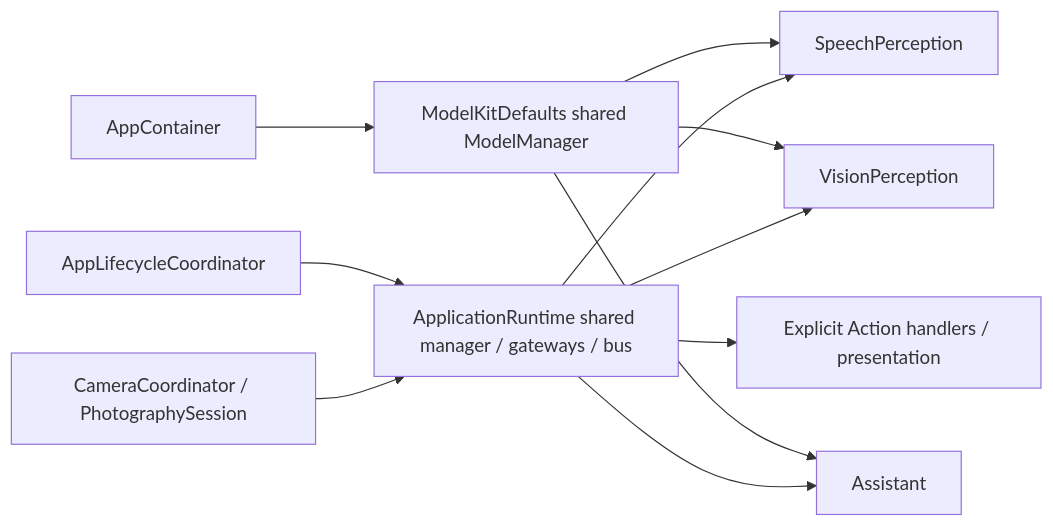
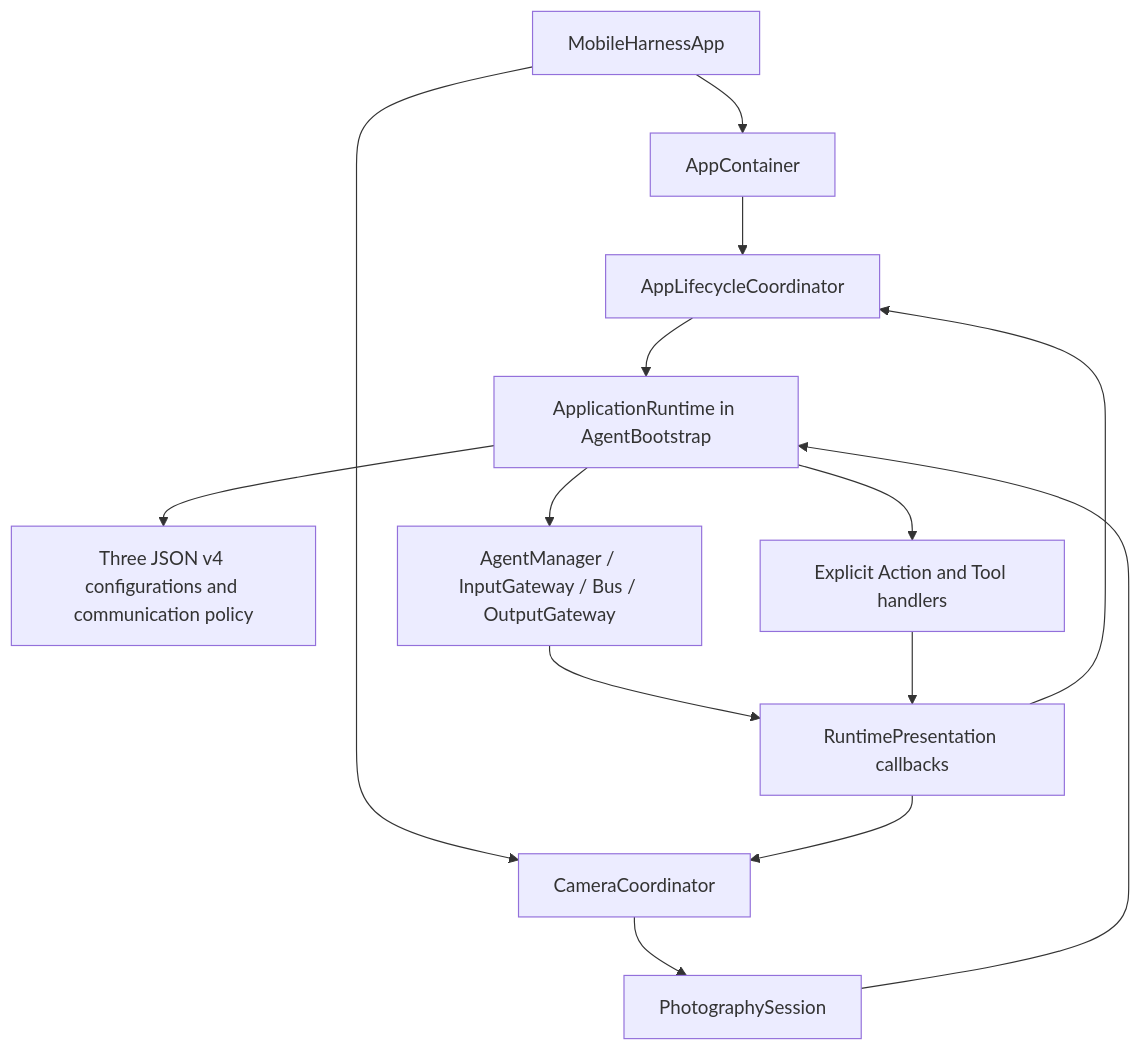
The second of 2 diagrams in MobileHarness/App/README.md (devilyouwei/MobileHarness), drawn with Mermaid before and after one commit. The commit also changed other lines of this file and 53 other files, not shown here.

````diff
--- a/MobileHarness/App/README.md
+++ b/MobileHarness/App/README.md
@@ -9,13 +40,16 @@
 ```mermaid
-flowchart LR
-    Camera[CameraCoordinator / PhotographySession] --> Runtime[ApplicationRuntime shared manager / gateways / bus]
-    Voice[AppLifecycleCoordinator] --> Runtime
-    Runtime --> Speech[SpeechPerception]
-    Runtime --> Vision[VisionPerception]
-    Runtime --> Assistant
-    Runtime --> Handlers[Explicit Action handlers / presentation]
-    Container[AppContainer] --> Models[ModelKitDefaults shared ModelManager]
-    Models --> Speech
-    Models --> Vision
-    Models --> Assistant
+flowchart TD
+    Entry[MobileHarnessApp] --> Container[AppContainer]
+    Entry --> Camera[CameraCoordinator]
+    Container --> Voice[AppLifecycleCoordinator]
+    Voice --> Shared[ApplicationRuntime in AgentBootstrap]
+    Camera --> Session[PhotographySession]
+    Session --> Shared
+    Shared --> Policy[Three JSON v4 configurations and communication policy]
+    Shared --> Transport[AgentManager / InputGateway / Bus / OutputGateway]
+    Shared --> Handlers[Explicit Action and Tool handlers]
+    Transport --> Presentation[RuntimePresentation callbacks]
+    Handlers --> Presentation
+    Presentation --> Voice
+    Presentation --> Camera
 ```
````
